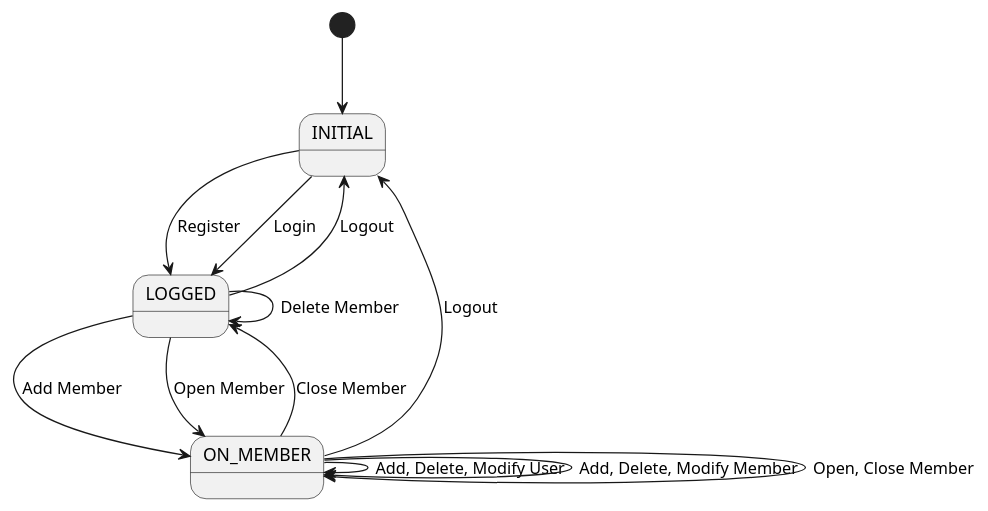
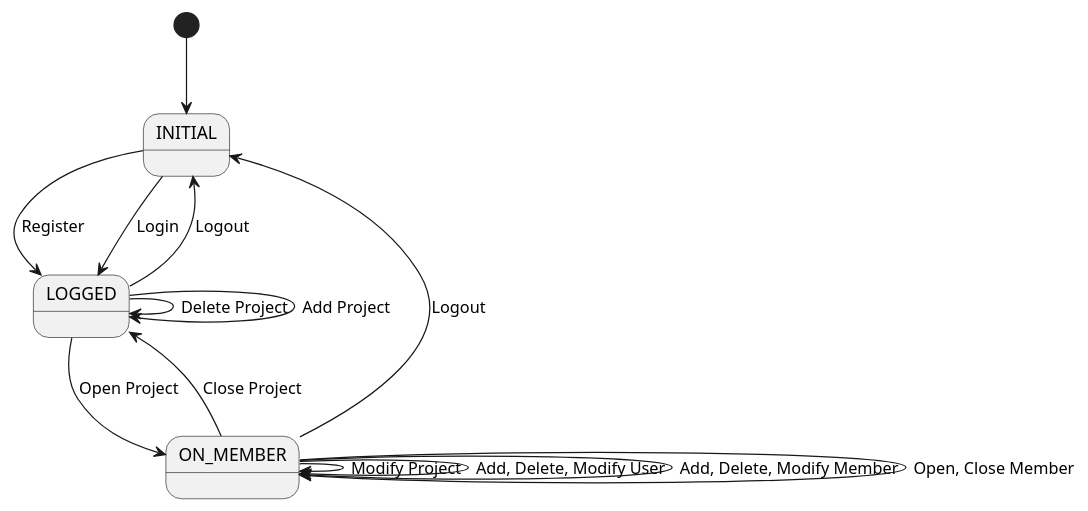
Before and after one commit to x-USantaTecla-project-ustUML/requirements: the second of 2 diagrams in docs/diagrams/src/requirements.wsd, drawn with PlantUML. The commit also changed other lines of this file and 5 other files, not shown here.

Commit message:
Changed some diagrams

```diff
--- a/docs/diagrams/src/requirements.wsd
+++ b/docs/diagrams/src/requirements.wsd
@@ -28,19 +43,19 @@
 @startuml context
 state INITIAL
 state LOGGED
-state ON_MEMBER
 state ON_MEMBER
 
 [*] --> INITIAL
 INITIAL --> LOGGED: Register
 INITIAL --> LOGGED: Login
 LOGGED --> INITIAL: Logout
-LOGGED --> LOGGED: Delete Member
-LOGGED --> ON_MEMBER: Add Member
-LOGGED --> ON_MEMBER: Open Member
-ON_MEMBER --> LOGGED: Close Member
+LOGGED --> LOGGED: Delete Project
+LOGGED --> LOGGED: Add Project
+LOGGED --> ON_MEMBER: Open Project
+ON_MEMBER --> LOGGED: Close Project
 ON_MEMBER --> INITIAL: Logout
+ON_MEMBER --> ON_MEMBER: Modify Project
 ON_MEMBER --> ON_MEMBER: Add, Delete, Modify User
 ON_MEMBER --> ON_MEMBER: Add, Delete, Modify Member
 ON_MEMBER --> ON_MEMBER: Open, Close Member
 @enduml
```
